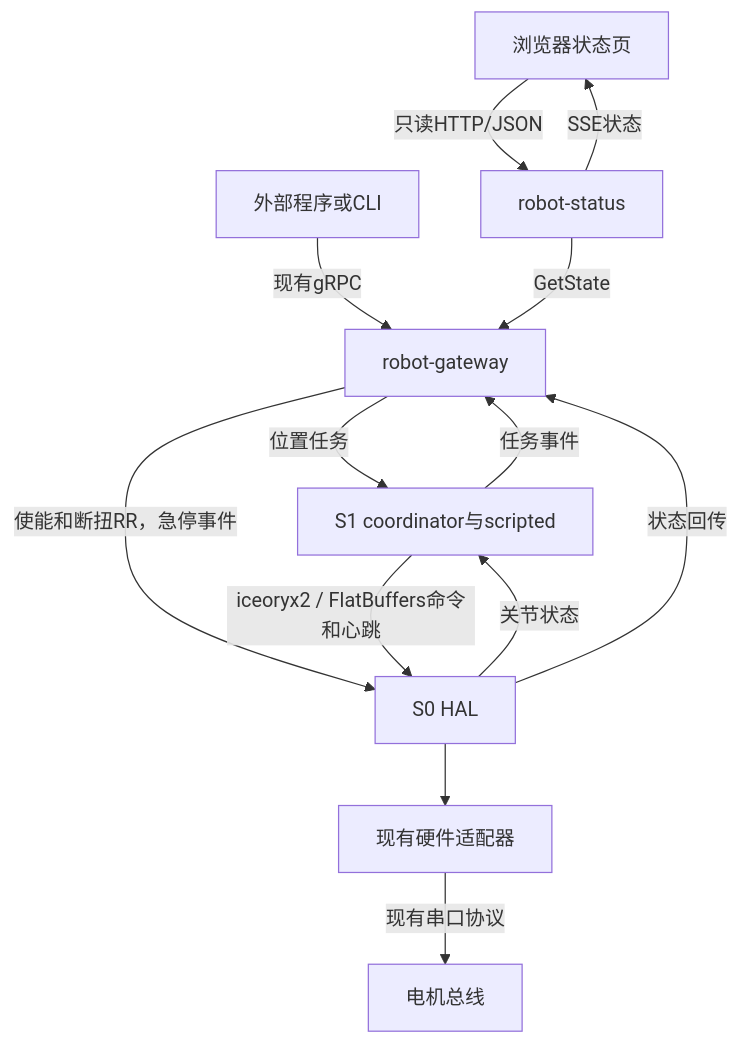
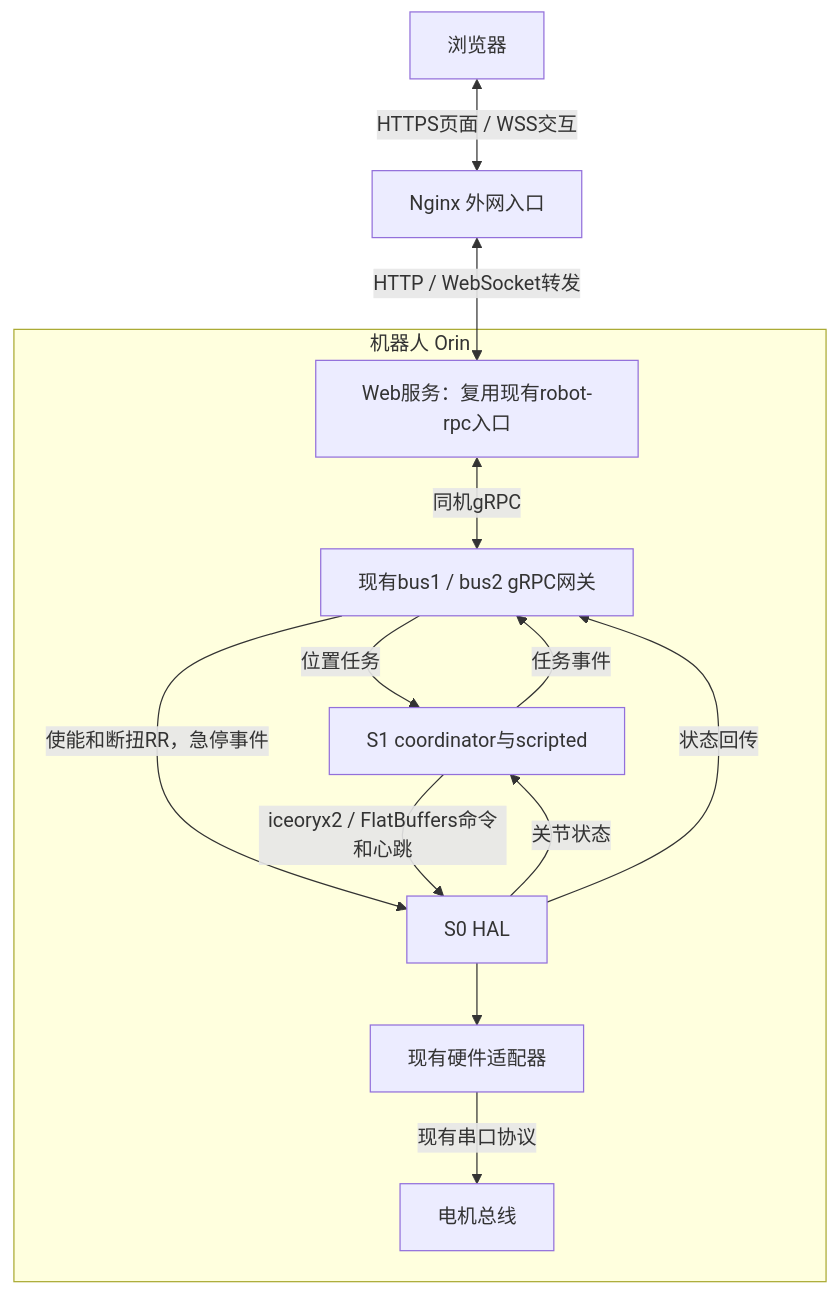
Before and after one commit to arxxyr/robot-system: the diagram in docs/control_plan.md, drawn with Mermaid. The commit also changed other lines of this file and 3 other files, not shown here.

Commit message:
📝 docs: 明确 Orin WebSocket 部署与外部接入管理

````diff
--- a/docs/control_plan.md
+++ b/docs/control_plan.md
@@ -7,15 +9,22 @@
 ```mermaid
 flowchart TD
-    UI[浏览器状态页] -->|只读HTTP/JSON| WEB[robot-status]
-    WEB -->|SSE状态| UI
-    APP[外部程序或CLI] -->|现有gRPC| RPC[robot-gateway]
-    WEB -->|GetState| RPC
-    RPC -->|位置任务| S1[S1 coordinator与scripted]
-    RPC -->|使能和断扭RR，急停事件| S0[S0 HAL]
-    S1 -->|iceoryx2 / FlatBuffers命令和心跳| S0
-    S0 -->|关节状态| S1
-    S0 -->|状态回传| RPC
-    S1 -->|任务事件| RPC
-    S0 --> AD[现有硬件适配器]
-    AD -->|现有串口协议| DEV[电机总线]
+    UI[浏览器] <-->|HTTPS页面 / WSS交互| NG[Nginx 外网入口]
+    subgraph ORIN[机器人 Orin]
+        WEB[Web服务：复用现有robot-rpc入口]
+        RPC[现有bus1 / bus2 gRPC网关]
+        S1[S1 coordinator与scripted]
+        S0[S0 HAL]
+        AD[现有硬件适配器]
+        DEV[电机总线]
+        WEB <-->|同机gRPC| RPC
+        RPC -->|位置任务| S1
+        RPC -->|使能和断扭RR，急停事件| S0
+        S1 -->|iceoryx2 / FlatBuffers命令和心跳| S0
+        S0 -->|关节状态| S1
+        S0 -->|状态回传| RPC
+        S1 -->|任务事件| RPC
+        S0 --> AD
+        AD -->|现有串口协议| DEV
+    end
+    NG <-->|HTTP / WebSocket转发| WEB
 ```
````
